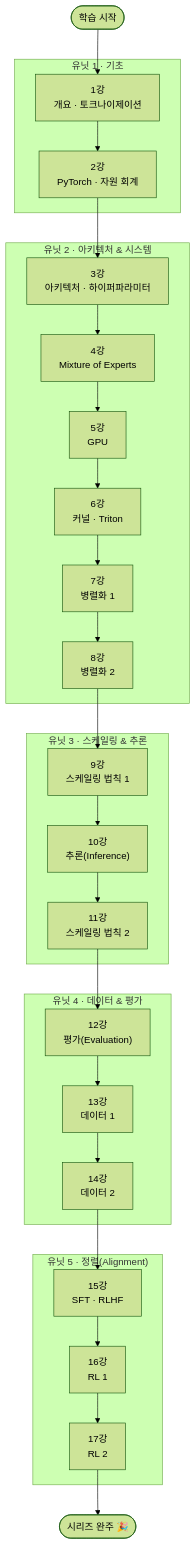
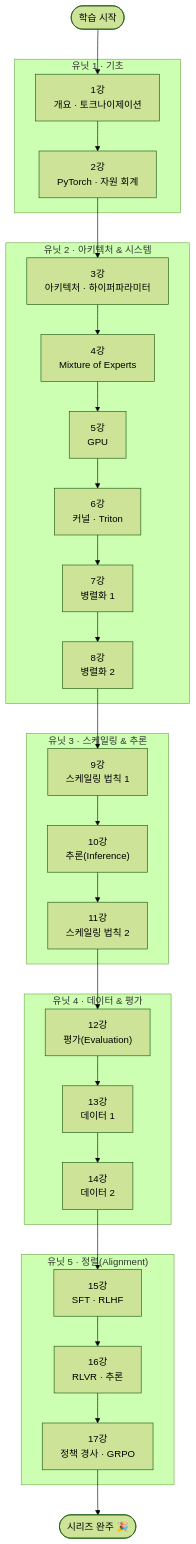
One commit to orchwang/orchwang.github.io changed the diagram in _posts/Technology/LLM/2026-06-26-cs336-llm-from-scratch-curriculum.md. Above: the diagram before and after it, drawn with Mermaid (forest theme). The commit also changed other lines of this file and 6 other files, not shown here.

````diff
--- a/_posts/Technology/LLM/2026-06-26-cs336-llm-from-scratch-curriculum.md
+++ b/_posts/Technology/LLM/2026-06-26-cs336-llm-from-scratch-curriculum.md
@@ -32,39 +32,39 @@
 ```mermaid
 flowchart TD
     Start([학습 시작]) --> S1
 
     subgraph U1["유닛 1 · 기초"]
         S1["1강<br/>개요 · 토크나이제이션"]
         S2["2강<br/>PyTorch · 자원 회계"]
     end
 
     subgraph U2["유닛 2 · 아키텍처 & 시스템"]
         S3["3강<br/>아키텍처 · 하이퍼파라미터"]
         S4["4강<br/>Mixture of Experts"]
         S5["5강<br/>GPU"]
         S6["6강<br/>커널 · Triton"]
         S7["7강<br/>병렬화 1"]
         S8["8강<br/>병렬화 2"]
     end
 
     subgraph U3["유닛 3 · 스케일링 & 추론"]
         S9["9강<br/>스케일링 법칙 1"]
         S10["10강<br/>추론(Inference)"]
         S11["11강<br/>스케일링 법칙 2"]
     end
 
     subgraph U4["유닛 4 · 데이터 & 평가"]
         S12["12강<br/>평가(Evaluation)"]
         S13["13강<br/>데이터 1"]
         S14["14강<br/>데이터 2"]
     end
 
     subgraph U5["유닛 5 · 정렬(Alignment)"]
         S15["15강<br/>SFT · RLHF"]
-        S16["16강<br/>RL 1"]
-        S17["17강<br/>RL 2"]
+        S16["16강<br/>RLVR · 추론"]
+        S17["17강<br/>정책 경사 · GRPO"]
     end
 
     S1 --> S2 --> S3 --> S4 --> S5 --> S6 --> S7 --> S8 --> S9 --> S10 --> S11 --> S12 --> S13 --> S14 --> S15 --> S16 --> S17
     S17 --> Done([시리즈 완주 🎉])
 ```
````
